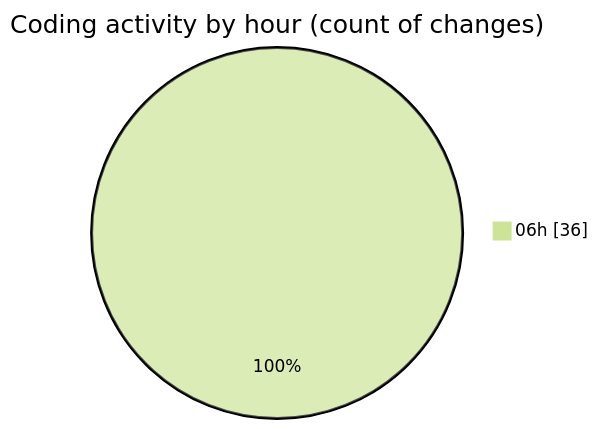
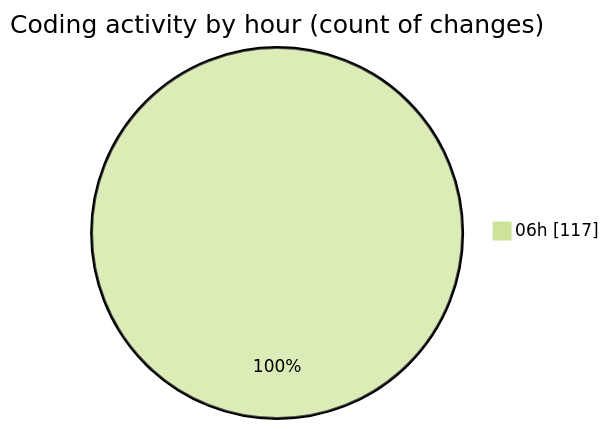
One commit to vahidmafi/code-tracking changed the second of 2 diagrams in 2025-11-09/shop/README.md. Above: the diagram before and after it, drawn with Mermaid (forest theme). The commit also changed other lines of this file and 1 other file, not shown here.

````diff
--- a/2025-11-09/shop/README.md
+++ b/2025-11-09/shop/README.md
@@ -45,5 +85,5 @@
 ```mermaid
 pie showData
 title Coding activity by hour (count of changes)
-"06h" : 36
+"06h" : 117
 ```
````
